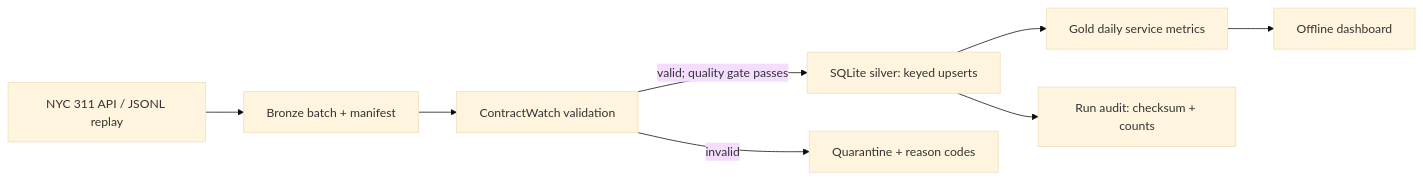
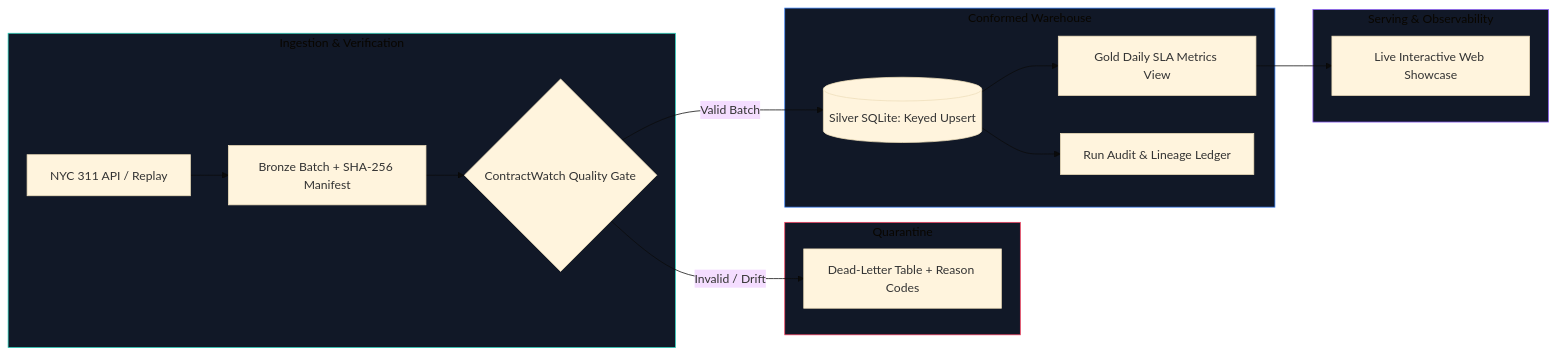
Before and after one commit to Kartikeya-Rana-2004/engineering-portfolio: the diagram in README.md, drawn with Mermaid (base theme). The commit also changed other lines of this file and 10 other files, not shown here.

Commit message:
feat: add interactive live web showcase, cross-platform sqlite fixes, and recruiter-focused architecture specs

````diff
--- a/README.md
+++ b/README.md
@@ -15,10 +41,26 @@
 ```mermaid
 flowchart LR
-  A[NYC 311 API / JSONL replay] --> B[Bronze batch + manifest]
-  B --> C[ContractWatch validation]
-  C -->|valid; quality gate passes| D[SQLite silver: keyed upserts]
-  C -->|invalid| E[Quarantine + reason codes]
-  D --> F[Gold daily service metrics]
-  F --> G[Offline dashboard]
-  D --> H[Run audit: checksum + counts]
+  subgraph Ingestion ["Ingestion & Verification"]
+    A[NYC 311 API / Replay] --> B[Bronze Batch + SHA-256 Manifest]
+    B --> C{ContractWatch Quality Gate}
+  end
+
+  subgraph QuarantineZone ["Quarantine"]
+    C -->|Invalid / Drift| Q[Dead-Letter Table + Reason Codes]
+  end
+
+  subgraph Processing ["Conformed Warehouse"]
+    C -->|Valid Batch| D[(Silver SQLite: Keyed Upsert)]
+    D --> E[Gold Daily SLA Metrics View]
+    D --> F[Run Audit & Lineage Ledger]
+  end
+
+  subgraph Serving ["Serving & Observability"]
+    E --> G[Live Interactive Web Showcase]
+  end
+
+  style Ingestion fill:#111827,stroke:#2dd4bf,stroke-width:1px
+  style Processing fill:#111827,stroke:#3b82f6,stroke-width:1px
+  style QuarantineZone fill:#111827,stroke:#f43f5e,stroke-width:1px
+  style Serving fill:#111827,stroke:#8b5cf6,stroke-width:1px
 ```
````
